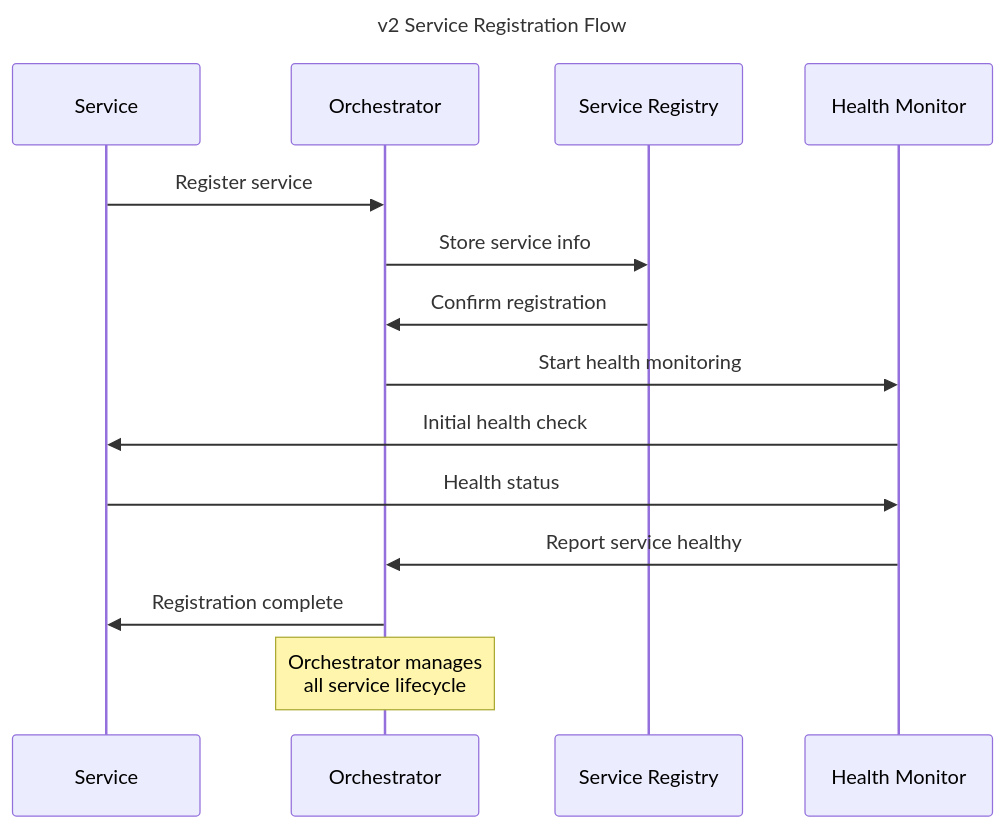
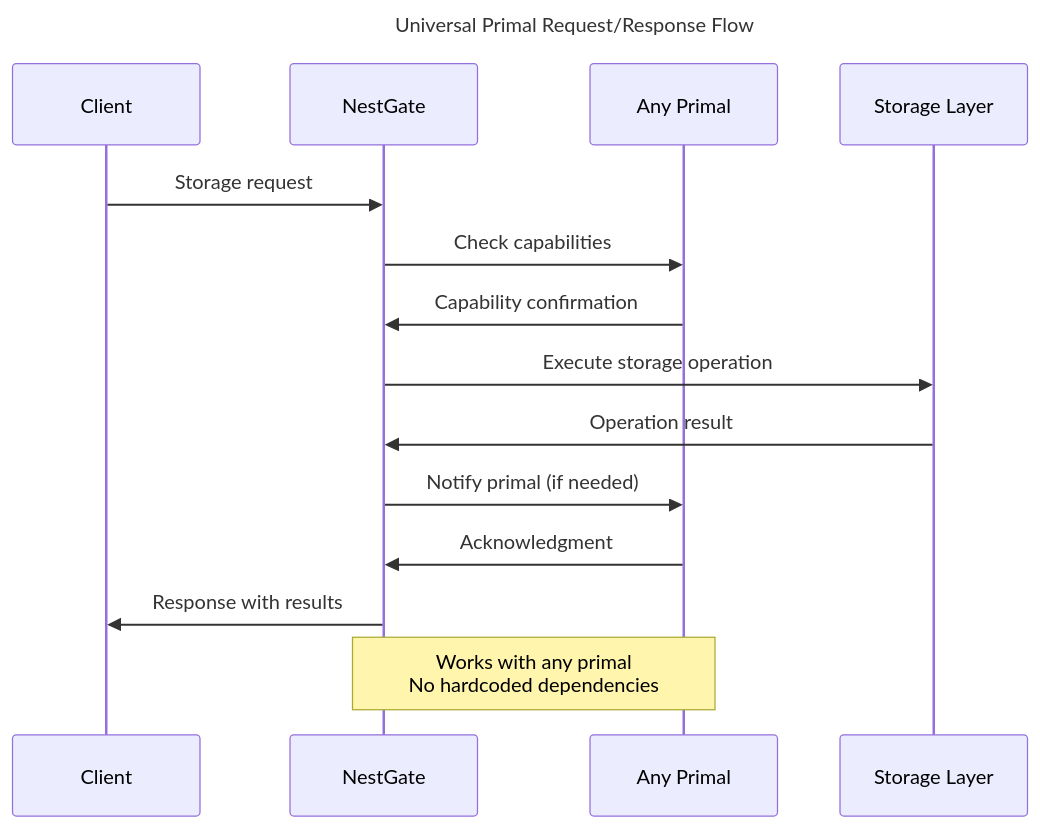
One commit to ecoPrimals/nestGate changed the third of 3 diagrams in specs/ARCHITECTURE_OVERVIEW.md. Above: the diagram before and after it, drawn with Mermaid. The commit also changed other lines of this file and 193 other files, not shown here.

````diff
--- a/specs/ARCHITECTURE_OVERVIEW.md
+++ b/specs/ARCHITECTURE_OVERVIEW.md
@@ -197,21 +144,21 @@
 ```mermaid
 ---
-title: v2 Service Registration Flow
+title: Universal Primal Request/Response Flow
 ---
 sequenceDiagram
-    participant S as Service
-    participant O as Orchestrator
-    participant R as Service Registry
-    participant H as Health Monitor
+    participant C as Client
+    participant N as NestGate
+    participant P as Any Primal
+    participant S as Storage Layer
 
-    S->>O: Register service
-    O->>R: Store service info
-    R->>O: Confirm registration
-    O->>H: Start health monitoring
-    H->>S: Initial health check
-    S->>H: Health status
-    H->>O: Report service healthy
-    O->>S: Registration complete
+    C->>N: Storage request
+    N->>P: Check capabilities
+    P->>N: Capability confirmation
+    N->>S: Execute storage operation
+    S->>N: Operation result
+    N->>P: Notify primal (if needed)
+    P->>N: Acknowledgment
+    N->>C: Response with results
 
-    Note over O: Orchestrator manages<br/>all service lifecycle
+    Note over N,P: Works with any primal<br/>No hardcoded dependencies
 ```
````
